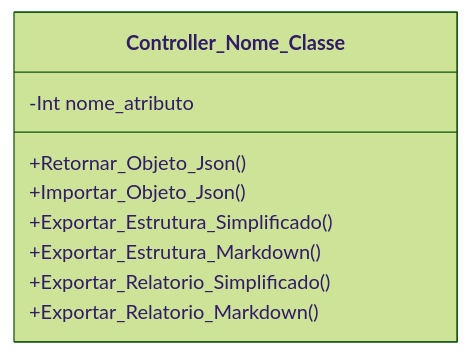
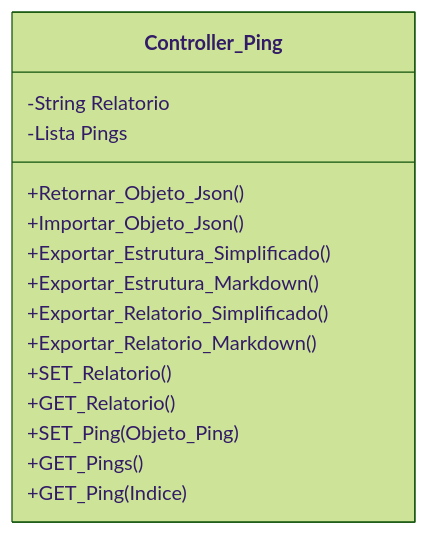
One commit to ETECC-Telecom/ValtObsidian-Script-Moto changed the diagram in DOCUMENTOS/Classe - Conferência Ping.md. Above: the diagram before and after it, drawn with Mermaid (forest theme). The commit also changed other lines of this file and 9 other files, not shown here.

````diff
--- a/DOCUMENTOS/Classe - Conferência Ping.md
+++ b/DOCUMENTOS/Classe - Conferência Ping.md
@@ -54,13 +55,20 @@
 ```mermaid
 classDiagram
-    class Controller_Nome_Classe{
-		-Int nome_atributo
+    class Controller_Ping{
+		-String Relatorio
+		-Lista Pings
       
 		+Retornar_Objeto_Json()
 		+Importar_Objeto_Json()
 		+Exportar_Estrutura_Simplificado()
 		+Exportar_Estrutura_Markdown()
 		+Exportar_Relatorio_Simplificado()
 		+Exportar_Relatorio_Markdown()
+		
+		+SET_Relatorio()
+		+GET_Relatorio()
+		+SET_Ping(Objeto_Ping)
+		+GET_Pings()
+		+GET_Ping(Indice)
     }
 ```
````
